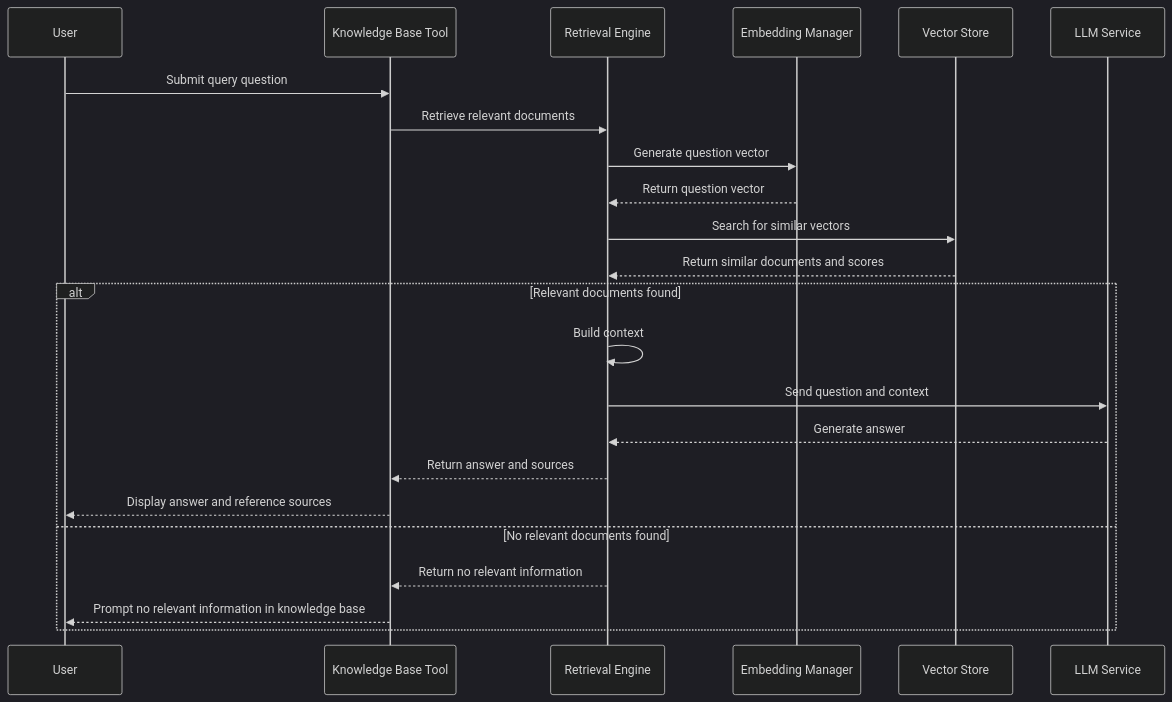
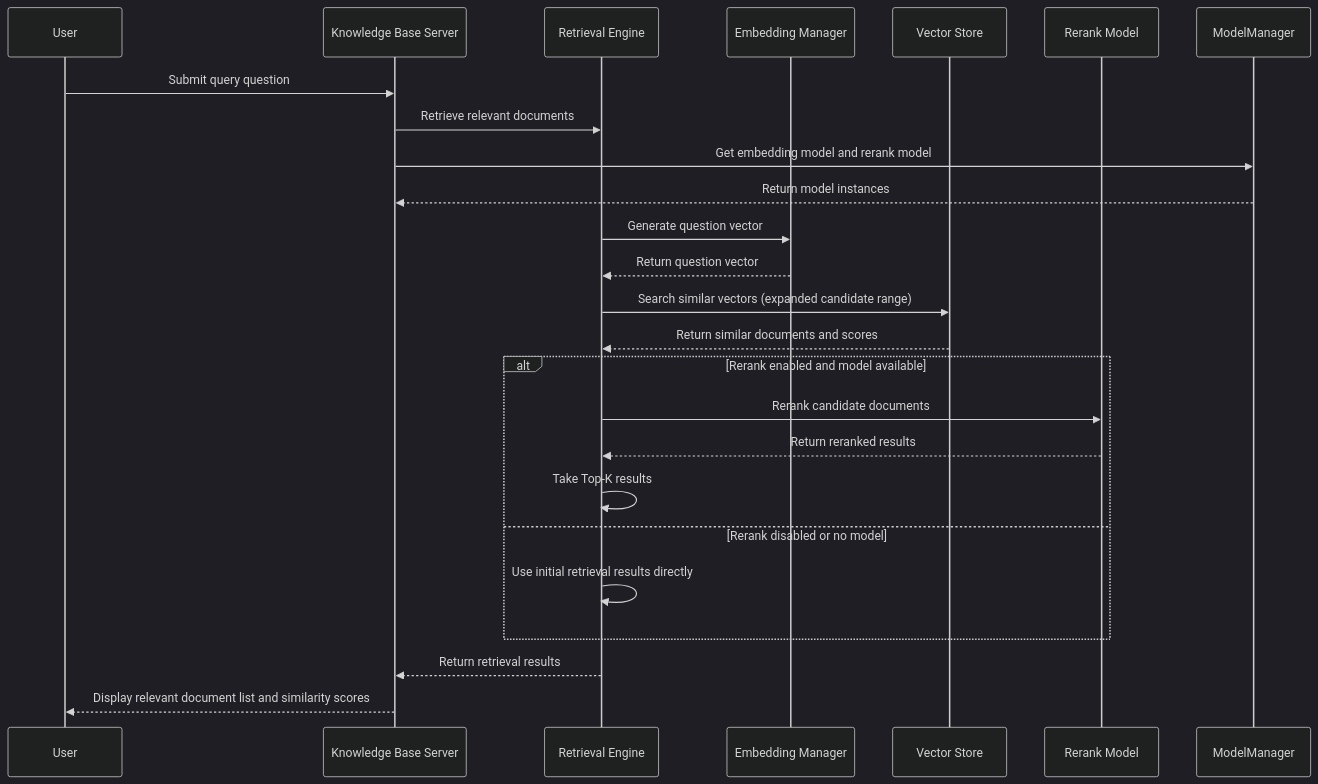
Before and after one commit to eogee/any4any: the second of 2 diagrams in docs/KnowledgeBaseSystemDocumentation.md, drawn with Mermaid (dark theme). The commit also changed other lines of this file and 3 other files, not shown here.

````diff
--- a/docs/KnowledgeBaseSystemDocumentation.md
+++ b/docs/KnowledgeBaseSystemDocumentation.md
@@ -61,26 +67,28 @@
 ```mermaid
 sequenceDiagram
     participant User as User
-    participant Tool as Knowledge Base Tool
+    participant Server as Knowledge Base Server
     participant RE as Retrieval Engine
     participant EM as Embedding Manager
     participant VS as Vector Store
-    participant LLM as LLM Service
+    participant Reranker as Rerank Model
+    participant MM as ModelManager
 
-    User->>Tool: Submit query question
-    Tool->>RE: Retrieve relevant documents
+    User->>Server: Submit query question
+    Server->>RE: Retrieve relevant documents
+    Server->>MM: Get embedding model and rerank model
+    MM-->>Server: Return model instances
     RE->>EM: Generate question vector
     EM-->>RE: Return question vector
-    RE->>VS: Search for similar vectors
+    RE->>VS: Search similar vectors (expanded candidate range)
     VS-->>RE: Return similar documents and scores
-    alt Relevant documents found
-        RE->>RE: Build context
-        RE->>LLM: Send question and context
-        LLM-->>RE: Generate answer
-        RE-->>Tool: Return answer and sources
-        Tool-->>User: Display answer and reference sources
-    else No relevant documents found
-        RE-->>Tool: Return no relevant information
-        Tool-->>User: Prompt no relevant information in knowledge base
+    alt Rerank enabled and model available
+        RE->>Reranker: Rerank candidate documents
+        Reranker-->>RE: Return reranked results
+        RE->>RE: Take Top-K results
+    else Rerank disabled or no model
+        RE->>RE: Use initial retrieval results directly
     end
+    RE-->>Server: Return retrieval results
+    Server-->>User: Display relevant document list and similarity scores
 ```
````
